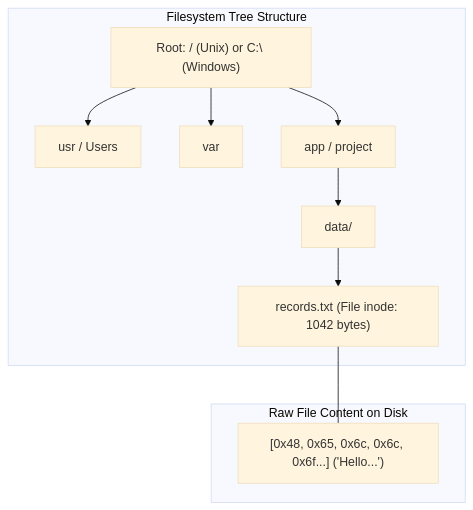
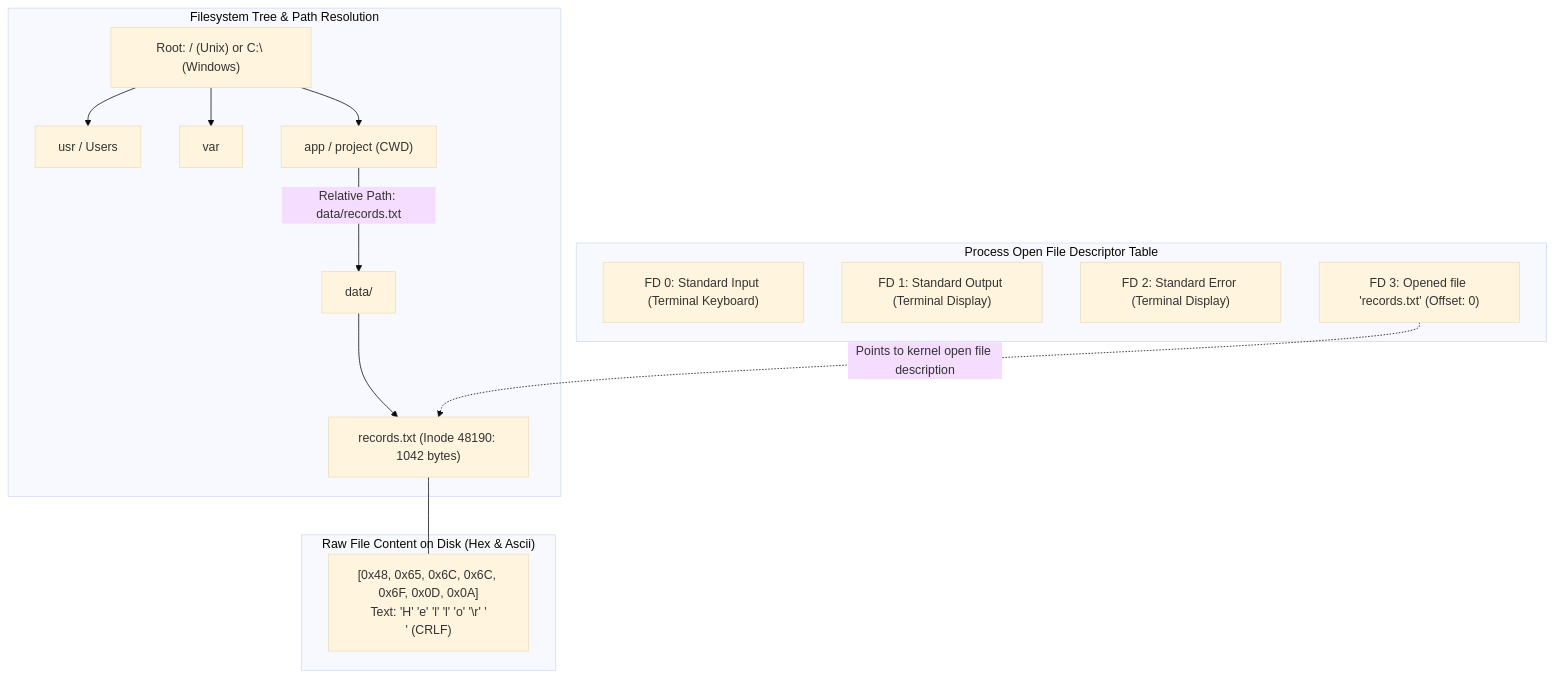
One commit to swe-labs/the-go-engineer changed the diagram in curriculum/modules/01-computers-terminal-git-web/03-files-bytes-directories-and-paths/README.md. Above: the diagram before and after it, drawn with Mermaid (base theme). The commit also changed other lines of this file and 25 other files, not shown here.

````diff
--- a/curriculum/modules/01-computers-terminal-git-web/03-files-bytes-directories-and-paths/README.md
+++ b/curriculum/modules/01-computers-terminal-git-web/03-files-bytes-directories-and-paths/README.md
@@ -20,22 +21,31 @@
 ```mermaid
 flowchart TD
-    subgraph FilesystemTree["Filesystem Tree Structure"]
+    subgraph FilesystemTree["Filesystem Tree & Path Resolution"]
         ROOT["Root: / (Unix) or C:\ (Windows)"]
         USR["usr / Users"]
         VAR["var"]
-        APP["app / project"]
+        APP["app / project (CWD)"]
         
         ROOT --> USR & VAR & APP
         
         SUBDIR["data/"]
-        FILE["records.txt (File inode: 1042 bytes)"]
+        FILE["records.txt (Inode 48190: 1042 bytes)"]
         
-        APP --> SUBDIR --> FILE
+        APP -->|Relative Path: data/records.txt| SUBDIR --> FILE
     end
 
-    subgraph ByteRepresentation["Raw File Content on Disk"]
-        BYTES["[0x48, 0x65, 0x6c, 0x6c, 0x6f...] ('Hello...')"]
+    subgraph ProcessFDTable["Process Open File Descriptor Table"]
+        FD0["FD 0: Standard Input (Terminal Keyboard)"]
+        FD1["FD 1: Standard Output (Terminal Display)"]
+        FD2["FD 2: Standard Error (Terminal Display)"]
+        FD3["FD 3: Opened file 'records.txt' (Offset: 0)"]
+    end
+
+    subgraph ByteRepresentation["Raw File Content on Disk (Hex & Ascii)"]
+        BYTES["[0x48, 0x65, 0x6C, 0x6C, 0x6F, 0x0D, 0x0A]
+Text: 'H' 'e' 'l' 'l' 'o' '\r' '\n' (CRLF)"]
     end
 
     FILE --- BYTES
+    FD3 -.->|Points to kernel open file description| FILE
 ```
````
